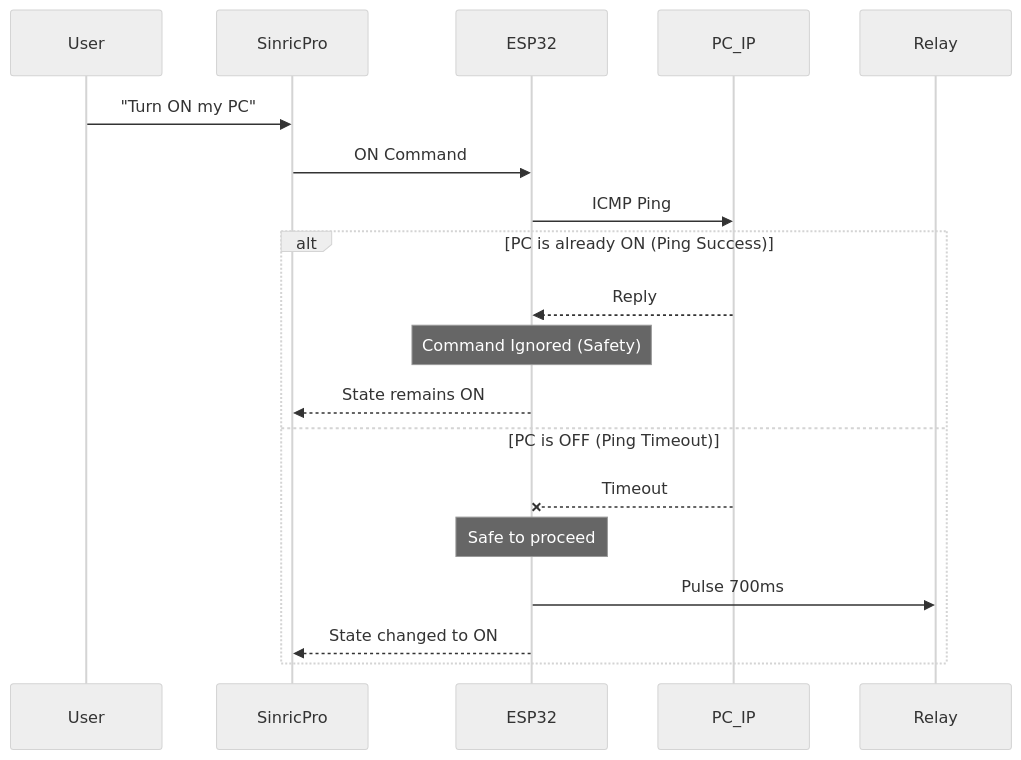
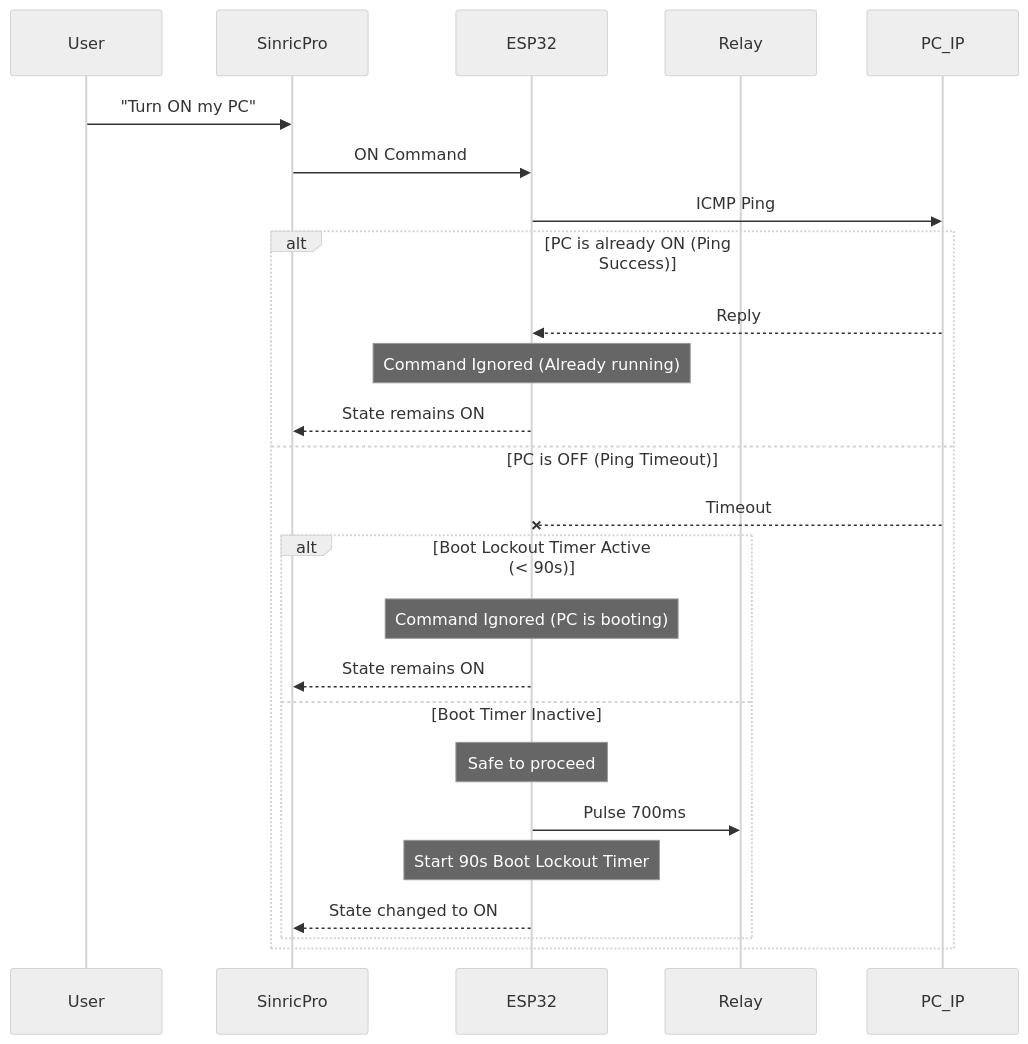
The fifth of 5 diagrams in README.md (chetangoswami/esp32-sinricpro-smart-pc-power), drawn with Mermaid (neutral theme) before and after one commit.

Commit message:
docs: improve Safety Overrides sequence diagram to include the 90s Boot Lockout logic

````diff
--- a/README.md
+++ b/README.md
@@ -174,22 +174,29 @@
 ```mermaid
 sequenceDiagram
     participant User
     participant SinricPro
     participant ESP32
+    participant Relay
     participant PC_IP
     
     User->>SinricPro: "Turn ON my PC"
     SinricPro->>ESP32: ON Command
     ESP32->>PC_IP: ICMP Ping
     
     alt PC is already ON (Ping Success)
         PC_IP-->>ESP32: Reply
-        note over ESP32: Command Ignored (Safety)
+        note over ESP32: Command Ignored (Already running)
         ESP32-->>SinricPro: State remains ON
     else PC is OFF (Ping Timeout)
         PC_IP--xESP32: Timeout
-        note over ESP32: Safe to proceed
-        ESP32->>Relay: Pulse 700ms
-        ESP32-->>SinricPro: State changed to ON
+        alt Boot Lockout Timer Active (< 90s)
+            note over ESP32: Command Ignored (PC is booting)
+            ESP32-->>SinricPro: State remains ON
+        else Boot Timer Inactive
+            note over ESP32: Safe to proceed
+            ESP32->>Relay: Pulse 700ms
+            note over ESP32: Start 90s Boot Lockout Timer
+            ESP32-->>SinricPro: State changed to ON
+        end
     end
 ```
````
